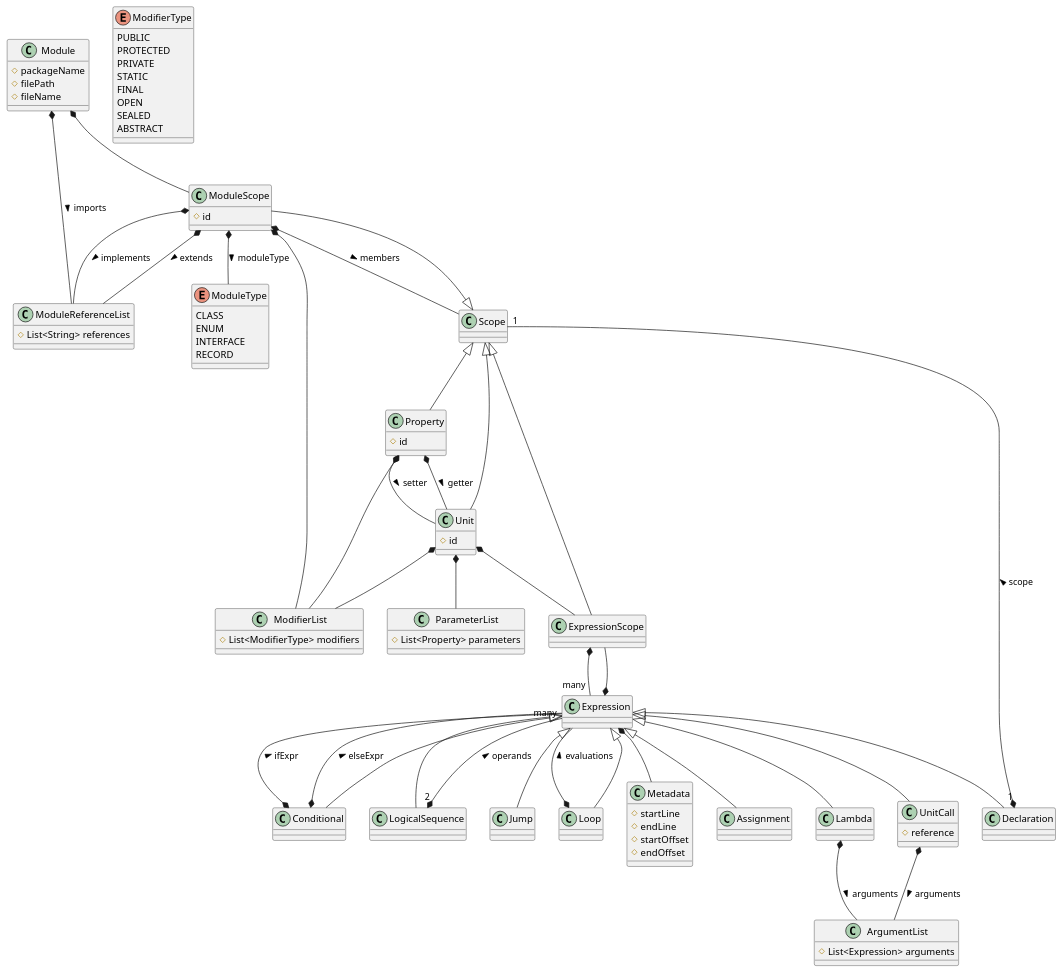
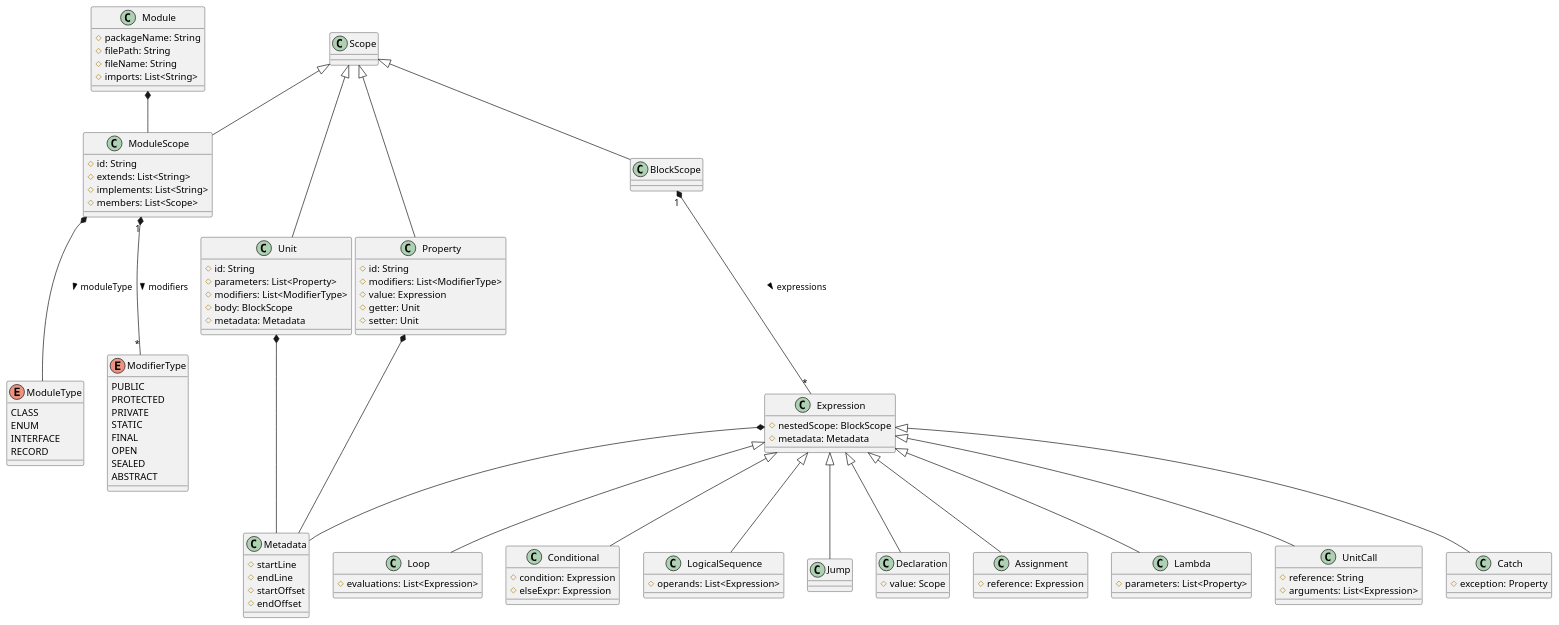
The diagram in docs/metamodel-v2-1.plantuml (MarnickvdA/LAMP-Framework), drawn with PlantUML before and after one commit. The commit also changed 8 other files, not shown here.

```diff
--- a/docs/metamodel-v2-1.plantuml
+++ b/docs/metamodel-v2-1.plantuml
@@ -1,110 +1,110 @@
 @startuml
 class Module
-class Metadata
 class Scope
 class ModuleScope
 class Unit
 class Property
 class Expression
-class ExpressionScope
+class BlockScope
+class Metadata
 
 class Loop
 class Conditional
 class LogicalSequence
 class Jump
 class Declaration
 class Assignment
 class Lambda
 class UnitCall
-
-class ModuleReferenceList
-class ModifierList
-class ParameterList
-class ArgumentList
 
 enum ModuleType {
     CLASS
     ENUM
     INTERFACE
     RECORD
 }
 
 enum ModifierType {
     PUBLIC
     PROTECTED
     PRIVATE
     STATIC
     FINAL
     OPEN
     SEALED
     ABSTRACT
 }
 
-Module : # packageName
-Module : # filePath
-Module : # fileName
-Module *-- ModuleReferenceList : imports >
+Module : # packageName: String
+Module : # filePath: String
+Module : # fileName: String
+Module : # imports: List<String>
 Module *-- ModuleScope
 
 Scope <|-- ModuleScope
 Scope <|-- Unit
 Scope <|-- Property
-Scope <|-- ExpressionScope
+Scope <|-- BlockScope
 
-ModuleScope : # id
+ModuleScope : # id: String
+ModuleScope : # extends: List<String>
+ModuleScope : # implements: List<String>
+ModuleScope : # members: List<Scope>
+ModuleScope "1" *-- "*" ModifierType : modifiers >
 ModuleScope *-- ModuleType : moduleType >
-ModuleScope *-- ModifierList
-ModuleScope *-- ModuleReferenceList : extends >
-ModuleScope *-- ModuleReferenceList : implements >
-ModuleScope *-- Scope : members >
 
-Unit : # id
-Unit *-- ParameterList
-Unit *-- ModifierList
+Unit : # id: String
+Unit : # parameters: List<Property>
+Unit : # modifiers: List<ModifierType>
+Unit : # body: BlockScope
+Unit : # metadata: Metadata
 
-Unit *-- ExpressionScope
+Property : # id: String
+Property : # modifiers: List<ModifierType>
+Property : # value: Expression
+Property : # getter: Unit
+Property : # setter: Unit
 
-Property : # id
-Property *-- ModifierList
-Property *-- Unit : getter >
-Property *-- Unit : setter >
+BlockScope "1" *-- "*" Expression : expressions >
 
-Expression *-- ExpressionScope
-Expression *-- Metadata
-
-ExpressionScope *-- "many" Expression
+Expression : # nestedScope: BlockScope
+Expression : # metadata: Metadata
 
 Expression <|-- Loop
 Expression <|-- Conditional
 Expression <|-- LogicalSequence
 Expression <|-- Jump
 Expression <|-- Declaration
 Expression <|-- Assignment
 Expression <|-- Lambda
 Expression <|-- UnitCall
+Expression <|-- Catch
 
-Loop *-- Expression : evaluations >
+Catch : # exception: Property
 
-Conditional *-- Expression : ifExpr >
-Conditional *-- Expression : elseExpr >
+Loop : # evaluations: List<Expression>
 
-LogicalSequence "2" *-- "many" Expression : operands >
+Conditional : # condition: Expression
+Conditional : # elseExpr: Expression
 
-Lambda *-- ArgumentList : arguments >
+LogicalSequence : # operands: List<Expression>
 
-UnitCall : # reference
-UnitCall *-- ArgumentList : arguments >
+Lambda : # parameters: List<Property>
 
-Declaration "1" *-- "1" Scope : scope >
+UnitCall : # reference: String
+UnitCall : # arguments: List<Expression>
 
-ModuleReferenceList : # List<String> references
-ModifierList : # List<ModifierType> modifiers
-ArgumentList : # List<Expression> arguments
-ParameterList : # List<Property> parameters
+Declaration : # value: Scope
+
+Assignment : # reference: Expression
+
+Unit *-- Metadata
+Property *-- Metadata
+Expression *-- Metadata
 
 Metadata : # startLine
 Metadata : # endLine
 Metadata : # startOffset
 Metadata : # endOffset
 
 @enduml
```
